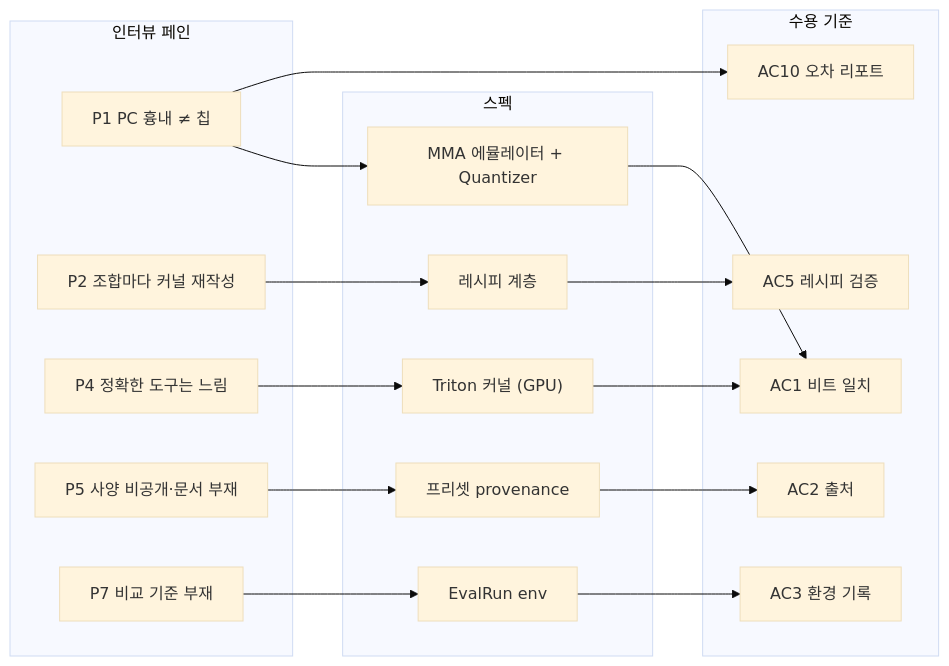
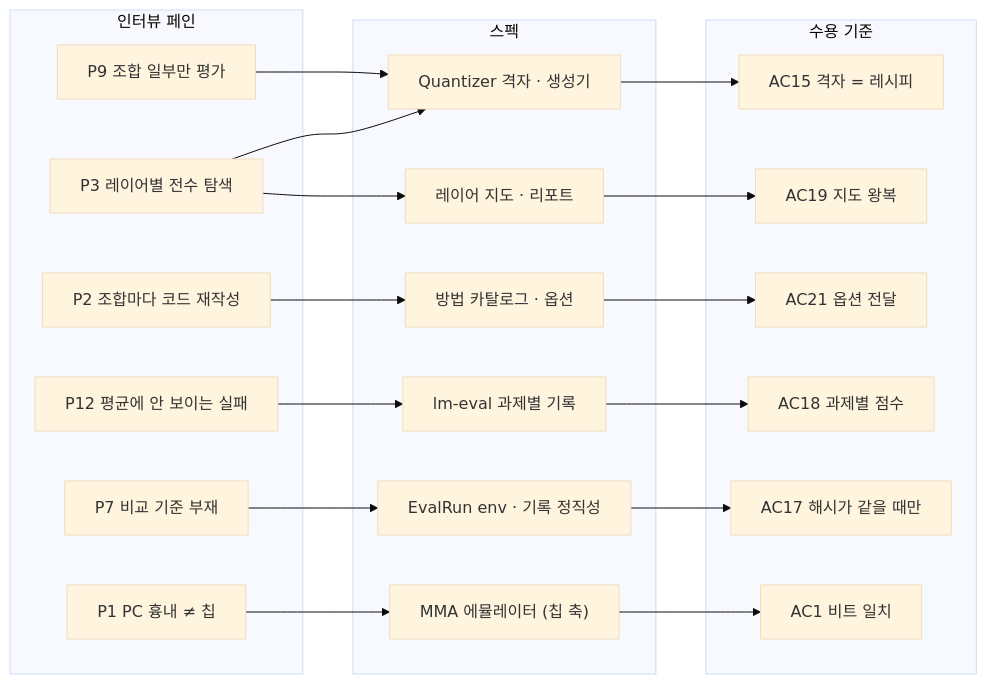
One commit to Youngmin17/TriCast changed the sixth of 6 diagrams in docs/SPEC.md. Above: the diagram before and after it, drawn with Mermaid (base theme). The commit also changed other lines of this file and 7 other files, not shown here.

````diff
--- a/docs/SPEC.md
+++ b/docs/SPEC.md
@@ -463,30 +531,34 @@
 ```mermaid
 flowchart LR
     subgraph IV["인터뷰 페인"]
+      P3["P3 레이어별 전수 탐색"]
+      P9["P9 조합 일부만 평가"]
+      P2["P2 조합마다 코드 재작성"]
+      P12["P12 평균에 안 보이는 실패"]
+      P7["P7 비교 기준 부재"]
       P1["P1 PC 흉내 ≠ 칩"]
-      P2["P2 조합마다 커널 재작성"]
-      P4["P4 정확한 도구는 느림"]
-      P5["P5 사양 비공개·문서 부재"]
-      P7["P7 비교 기준 부재"]
     end
     subgraph SP["스펙"]
-      S1["MMA 에뮬레이터 + Quantizer"]
-      S2["레시피 계층"]
-      S3["Triton 커널 (GPU)"]
-      S4["프리셋 provenance"]
-      S5["EvalRun env"]
+      S1["Quantizer 격자 · 생성기"]
+      S2["레이어 지도 · 리포트"]
+      S3["방법 카탈로그 · 옵션"]
+      S4["lm-eval 과제별 기록"]
+      S5["EvalRun env · 기록 정직성"]
+      S6["MMA 에뮬레이터 (칩 축)"]
     end
     subgraph AC["수용 기준"]
+      A15["AC15 격자 = 레시피"]
+      A19["AC19 지도 왕복"]
+      A21["AC21 옵션 전달"]
+      A18["AC18 과제별 점수"]
+      A17["AC17 해시가 같을 때만"]
       A1["AC1 비트 일치"]
-      A5["AC5 레시피 검증"]
-      A2["AC2 출처"]
-      A3["AC3 환경 기록"]
-      A10["AC10 오차 리포트"]
     end
-    P1 --> S1 --> A1
-    P2 --> S2 --> A5
-    P4 --> S3 --> A1
-    P5 --> S4 --> A2
-    P7 --> S5 --> A3
-    P1 --> A10
+    P3 --> S1 --> A15
+    P3 --> S2 --> A19
+    P9 --> S1
+    P2 --> S3 --> A21
+    P12 --> S4 --> A18
+    P7 --> S5 --> A17
+    P1 --> S6 --> A1
 ```
````
